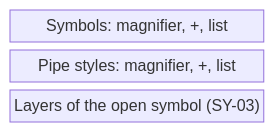
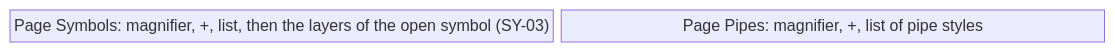
One commit to AlexandreGallais/synoptic-studio-spec changed the second of 14 diagrams in screens/symbols.md. Above: the diagram before and after it, drawn with Mermaid. The commit also changed other lines of this file and 14 other files, not shown here.

````diff
--- a/screens/symbols.md
+++ b/screens/symbols.md
@@ -57,7 +54,6 @@
 ```mermaid
 block-beta
-    columns 1
-    sym["Symbols: magnifier, +, list"]
-    pip["Pipe styles: magnifier, +, list"]
-    lay["Layers of the open symbol (SY-03)"]
+    columns 2
+    sym["Page Symbols: magnifier, +, list, then the layers of the open symbol (SY-03)"]
+    pip["Page Pipes: magnifier, +, list of pipe styles"]
 ```
````
